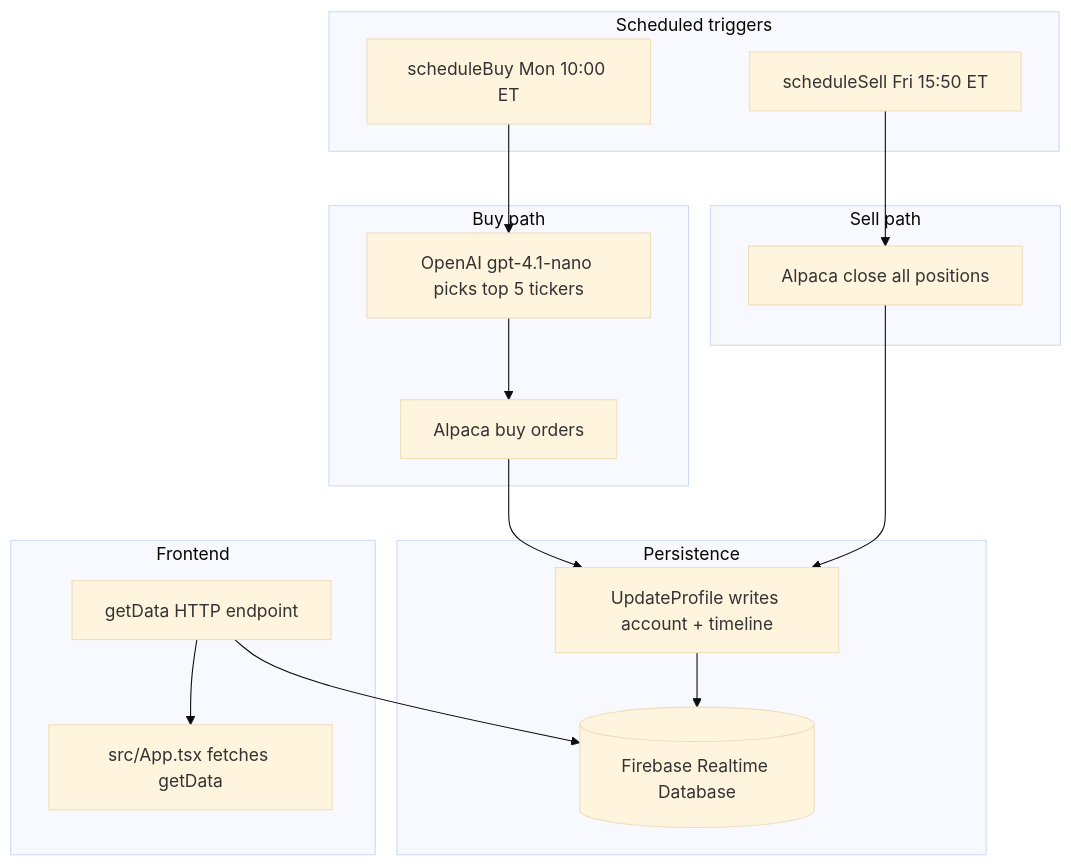
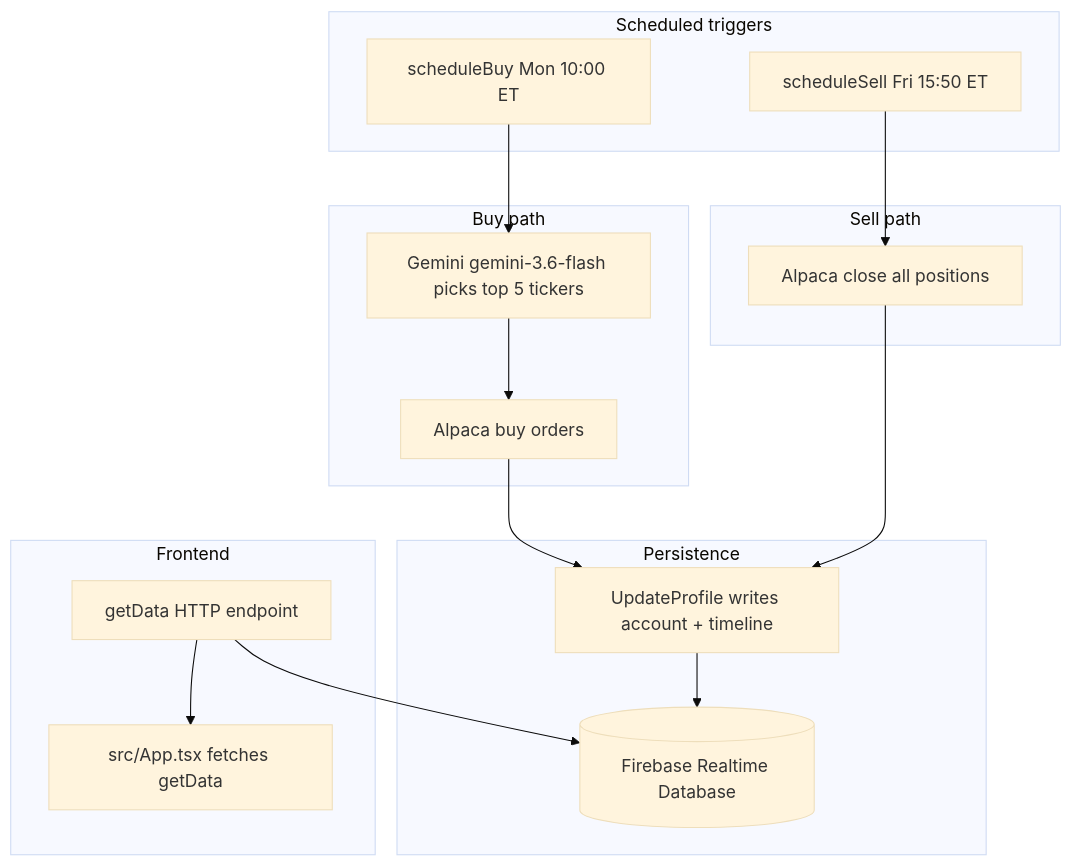
The diagram in AGENTS.md (adj2424/algosus), drawn with Mermaid (base theme) before and after one commit. The commit also changed other lines of this file and 35 other files, not shown here.

````diff
--- a/AGENTS.md
+++ b/AGENTS.md
@@ -51,27 +51,27 @@
 ```mermaid
 flowchart TB
   subgraph schedule [Scheduled triggers]
     SB[scheduleBuy Mon 10:00 ET]
     SS[scheduleSell Fri 15:50 ET]
   end
   subgraph buy_path [Buy path]
-    OAI[OpenAI gpt-4.1-nano picks top 5 tickers]
+    GEM[Gemini gemini-3.6-flash picks top 5 tickers]
     ALP_B[Alpaca buy orders]
   end
   subgraph sell_path [Sell path]
     ALP_S[Alpaca close all positions]
   end
   subgraph persist [Persistence]
     UPD[UpdateProfile writes account + timeline]
     RTDB[(Firebase Realtime Database)]
   end
   subgraph ui [Frontend]
     GD[getData HTTP endpoint]
     APP[src/App.tsx fetches getData]
   end
-  SB --> OAI --> ALP_B --> UPD
+  SB --> GEM --> ALP_B --> UPD
   SS --> ALP_S --> UPD
   UPD --> RTDB
   GD --> RTDB
   GD --> APP
 ```
````
